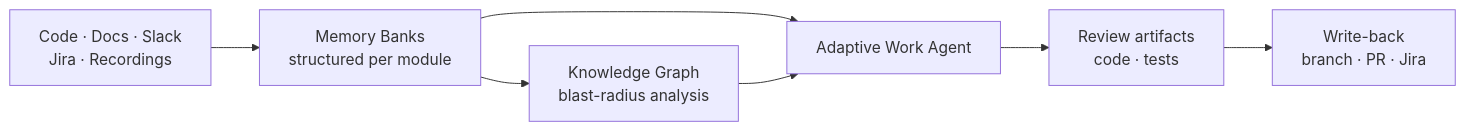
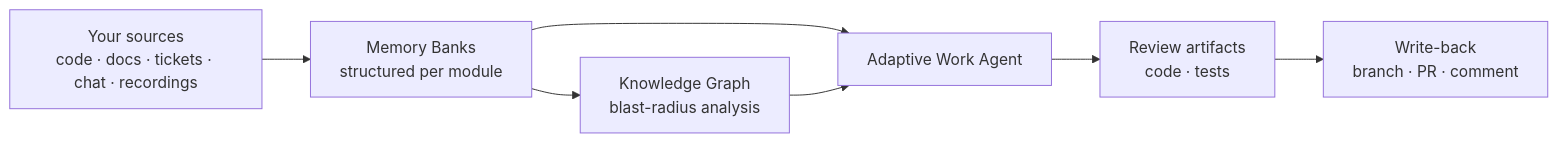
Before and after one commit to sahilashra/Memoria: the diagram in README.md, drawn with Mermaid.

Commit message:
Make diagram data sources generic

````diff
--- a/README.md
+++ b/README.md
@@ -19,9 +19,9 @@
 ```mermaid
 flowchart LR
-    Sources["Code · Docs · Slack<br/>Jira · Recordings"] --> Banks["Memory Banks<br/>structured per module"]
+    Sources["Your sources<br/>code · docs · tickets · chat · recordings"] --> Banks["Memory Banks<br/>structured per module"]
     Banks --> Graph["Knowledge Graph<br/>blast-radius analysis"]
     Banks --> Agent["Adaptive Work Agent"]
     Graph --> Agent
     Agent --> Review["Review artifacts<br/>code · tests"]
-    Review --> Write["Write-back<br/>branch · PR · Jira"]
+    Review --> Write["Write-back<br/>branch · PR · comment"]
 ```
````
